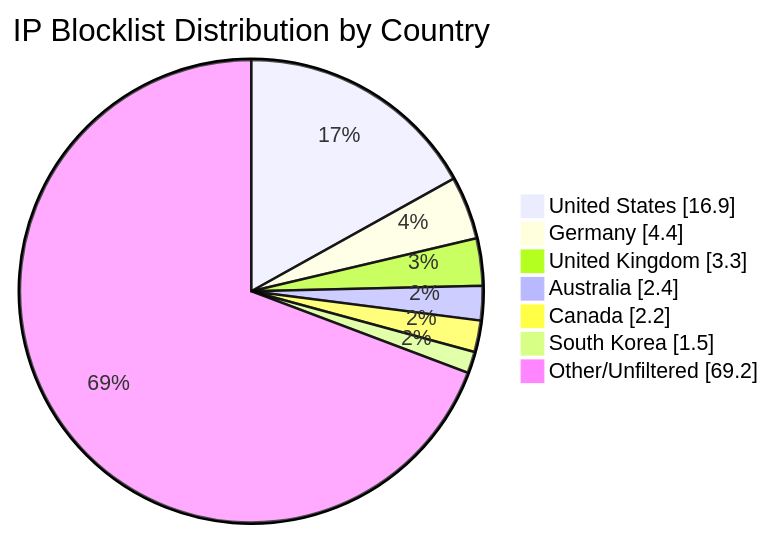
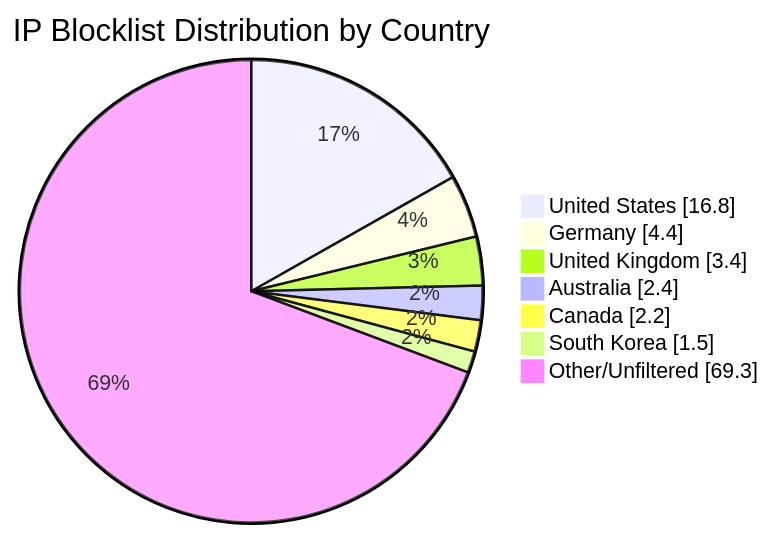
One commit to MarcusHoltz/ipblocklist-geofiltered-aggregator changed the diagram in README.md. Above: the diagram before and after it, drawn with Mermaid. The commit also changed other lines of this file and 9 other files, not shown here.

````diff
--- a/README.md
+++ b/README.md
@@ -34,10 +34,10 @@
 ```mermaid
 pie showData title IP Blocklist Distribution by Country
-"United States" : 16.9
+"United States" : 16.8
 "Germany" : 4.4
-"United Kingdom" : 3.3
+"United Kingdom" : 3.4
 "Australia" : 2.4
 "Canada" : 2.2
 "South Korea" : 1.5
-"Other/Unfiltered" : 69.2
+"Other/Unfiltered" : 69.3
 ```
````
